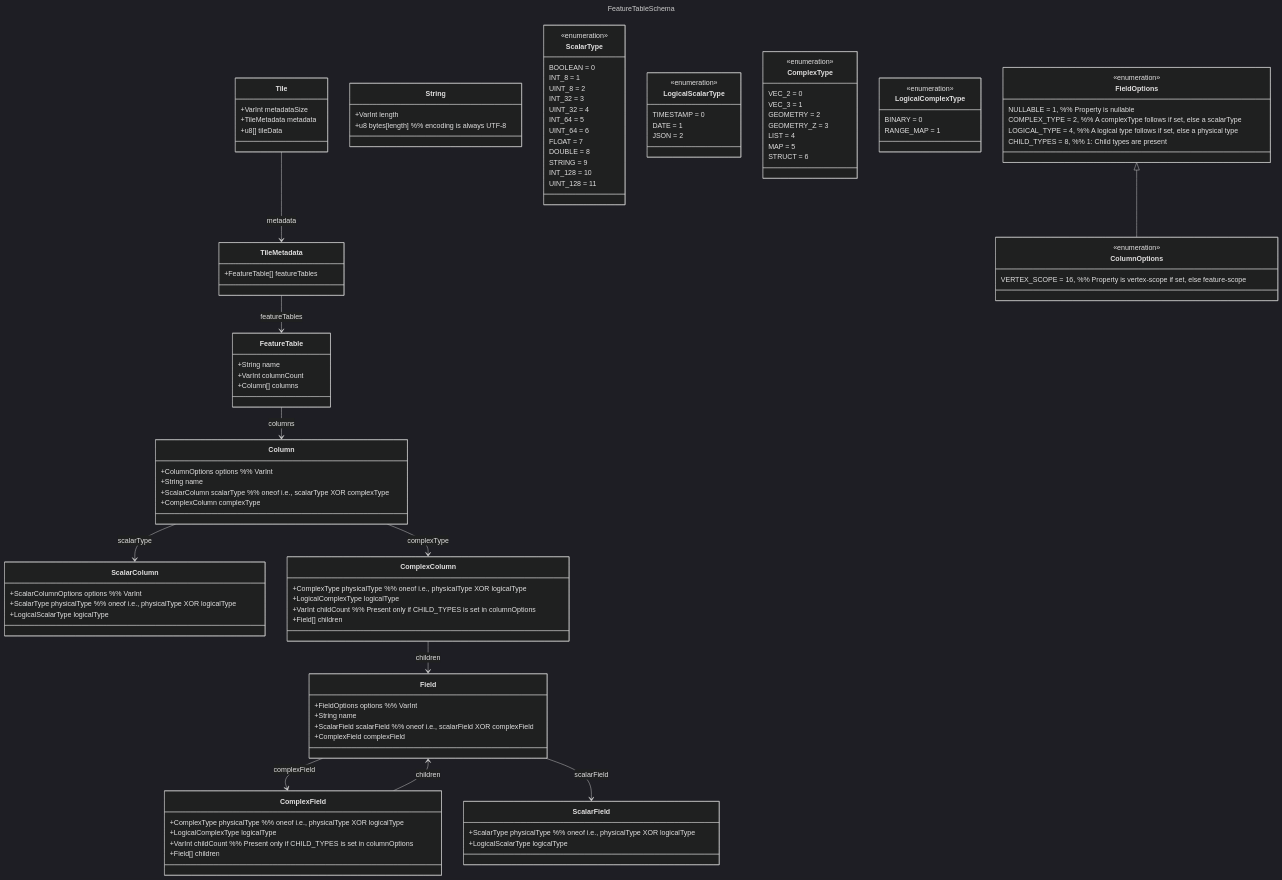
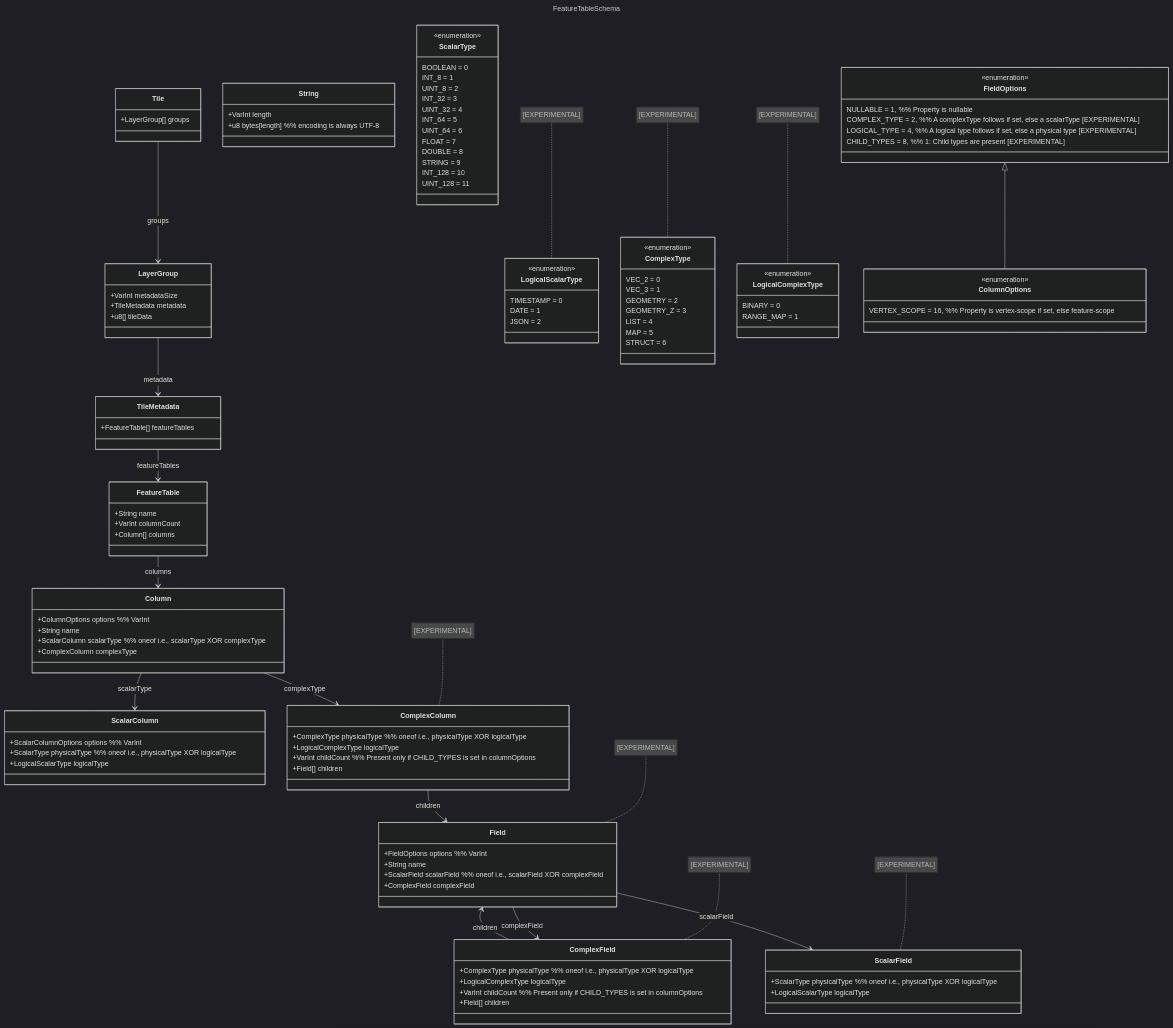
One commit to maplibre/maplibre-tile-spec changed the diagram in spec/assets/FeatureTableSchema.mermaid. Above: the diagram before and after it, drawn with Mermaid (dark theme). The commit also changed 1 other file, not shown here.

Commit message:
Mark stuff experimental. Clarify tile layout.

```diff
--- a/spec/assets/FeatureTableSchema.mermaid
+++ b/spec/assets/FeatureTableSchema.mermaid
@@ -1,142 +1,156 @@
 ---
 title: FeatureTableSchema
 config:
   class:
     hideEmptyMembersBox: true
 ---
 classDiagram
+    note for LogicalScalarType "[EXPERIMENTAL]"
+    note for ComplexColumn "[EXPERIMENTAL]"
+    note for ComplexField "[EXPERIMENTAL]"
+    note for ComplexType "[EXPERIMENTAL]"
+    note for LogicalComplexType "[EXPERIMENTAL]"
+    note for Field "[EXPERIMENTAL]"
+    note for ScalarField "[EXPERIMENTAL]"
+
     %% ---------------- Tile ----------------
     class Tile {
+      +LayerGroup[] groups
+    }
+
+    %% ---------------- LayerGroup ----------------
+    class LayerGroup {
 	  +VarInt metadataSize
 	  +TileMetadata metadata
       +u8[] tileData
     }
 
     %% ---------------- TileMetadata ----------------
     class TileMetadata {
       +FeatureTable[] featureTables
     }
 
     %% ---------------- FeatureTable ----------------
     class FeatureTable {
       +String name
       +VarInt columnCount
       +Column[] columns
     }
 
     %% ---------------- Column ----------------
     class Column {
       +ColumnOptions options %% VarInt
       +String name
       +ScalarColumn scalarType %% oneof i.e., scalarType XOR complexType
       +ComplexColumn complexType
     }
 
     %% ---------------- ScalarColumn ----------------
     class ScalarColumn {
       +ScalarColumnOptions options %% VarInt
       +ScalarType physicalType %% oneof i.e., physicalType XOR logicalType
       +LogicalScalarType logicalType
     }
 
-    %% ---------------- ComplexColumn ----------------
+    %% ---------------- ComplexColumn [EXPERIMENTAL] ----------------
     class ComplexColumn {
       +ComplexType physicalType %% oneof i.e., physicalType XOR logicalType
       +LogicalComplexType logicalType
       +VarInt childCount %% Present only if CHILD_TYPES is set in columnOptions
       +Field[] children
     }
 
     %% ---------------- Field ----------------
     class Field {
       +FieldOptions options %% VarInt
       +String name
       +ScalarField scalarField %% oneof i.e., scalarField XOR complexField
       +ComplexField complexField
     }
 
     %% ---------------- ScalarField ----------------
     class ScalarField {
       +ScalarType physicalType %% oneof i.e., physicalType XOR logicalType
       +LogicalScalarType logicalType
     }
 
-    %% ---------------- ComplexField ----------------
+    %% ---------------- ComplexField [EXPERIMENTAL] ----------------
     class ComplexField {
       +ComplexType physicalType %% oneof i.e., physicalType XOR logicalType
       +LogicalComplexType logicalType
       +VarInt childCount %% Present only if CHILD_TYPES is set in columnOptions
       +Field[] children
     }
 
     %% ---------------- String ------------------
     class String {
       +VarInt length
       +u8 bytes[length] %% encoding is always UTF-8
     }
 
     %% ---------------- Enumerations ----------------
     class ScalarType {
       <<enumeration>>
       BOOLEAN = 0
       INT_8 = 1
       UINT_8 = 2
       INT_32 = 3
       UINT_32 = 4
       INT_64 = 5
       UINT_64 = 6
       FLOAT = 7
       DOUBLE = 8
       STRING = 9
       INT_128 = 10
       UINT_128 = 11
     }
 
     class LogicalScalarType {
       <<enumeration>>
       TIMESTAMP = 0
       DATE = 1
       JSON = 2
     }
 
     class ComplexType {
       <<enumeration>>
       VEC_2 = 0
       VEC_3 = 1
       GEOMETRY = 2
       GEOMETRY_Z = 3
       LIST = 4
       MAP = 5
       STRUCT = 6
     }
 
     class LogicalComplexType {
       <<enumeration>>
       BINARY = 0
       RANGE_MAP = 1
     }
 
     class FieldOptions {
       <<enumeration>>
       NULLABLE = 1, %% Property is nullable
-      COMPLEX_TYPE = 2, %% A complexType follows if set, else a scalarType
-      LOGICAL_TYPE = 4, %% A logical type follows if set, else a physical type
-      CHILD_TYPES = 8, %% 1: Child types are present
+      COMPLEX_TYPE = 2, %% A complexType follows if set, else a scalarType [EXPERIMENTAL]
+      LOGICAL_TYPE = 4, %% A logical type follows if set, else a physical type [EXPERIMENTAL]
+      CHILD_TYPES = 8, %% 1: Child types are present [EXPERIMENTAL]
     }
 
     class ColumnOptions {
       <<enumeration>>
       VERTEX_SCOPE = 16, %% Property is vertex-scope if set, else feature-scope
     }
 
     %% ---------------- Associations ----------------
     FieldOptions <|-- ColumnOptions
-	Tile --> TileMetadata : metadata
+    Tile --> LayerGroup : groups
+	LayerGroup --> TileMetadata : metadata
     TileMetadata --> FeatureTable : featureTables
     FeatureTable --> Column : columns
     Column --> ScalarColumn : scalarType
     Column --> ComplexColumn : complexType
     ComplexColumn --> Field : children
     ComplexField --> Field : children
     Field --> ComplexField : complexField
     Field --> ScalarField : scalarField
```
